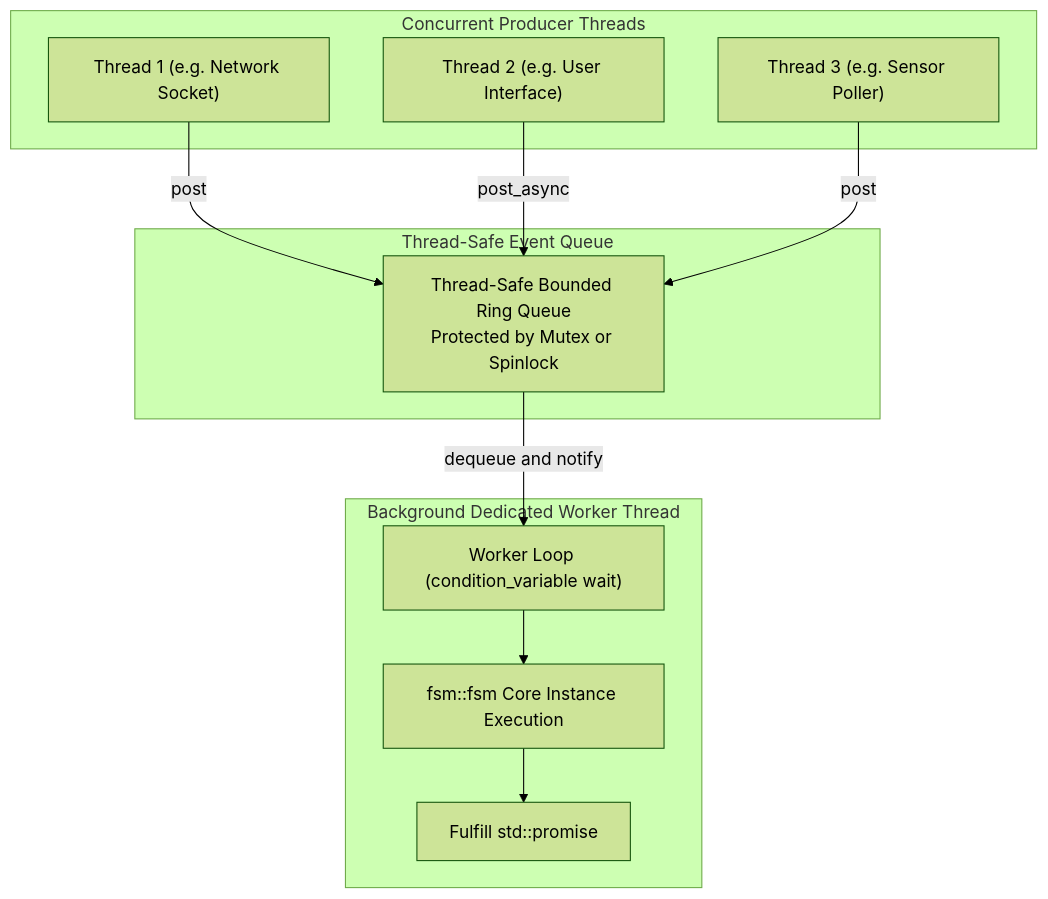
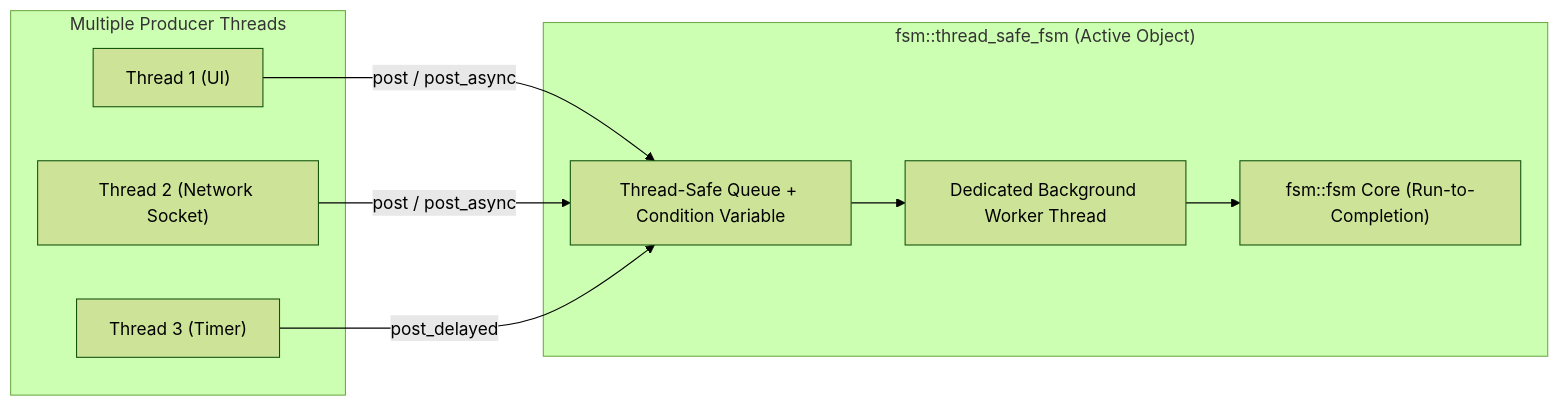
Before and after one commit to simoneCavalleri/fsmc: the diagram in docs/runtime_api/thread_safe_fsm.md, drawn with Mermaid (forest theme). The commit also changed other lines of this file and 39 other files, not shown here.

````diff
--- a/docs/runtime_api/thread_safe_fsm.md
+++ b/docs/runtime_api/thread_safe_fsm.md
@@ -66,25 +11,19 @@
 ```mermaid
-flowchart TD
-    subgraph Producers["Concurrent Producer Threads"]
-        T1["Thread 1 (e.g. Network Socket)"]
-        T2["Thread 2 (e.g. User Interface)"]
-        T3["Thread 3 (e.g. Sensor Poller)"]
+flowchart LR
+    subgraph Producers["Multiple Producer Threads"]
+        T1["Thread 1 (UI)"]
+        T2["Thread 2 (Network Socket)"]
+        T3["Thread 3 (Timer)"]
     end
 
-    subgraph MPSCQueue["Thread-Safe Event Queue"]
-        Queue["Thread-Safe Bounded Ring Queue<br/>Protected by Mutex or Spinlock"]
+    subgraph Wrapper["fsm::thread_safe_fsm (Active Object)"]
+        Queue["Thread-Safe Queue + Condition Variable"]
+        Worker["Dedicated Background Worker Thread"]
+        Core["fsm::fsm Core (Run-to-Completion)"]
+        Queue --> Worker --> Core
     end
 
-    subgraph ConsumerWorker["Background Dedicated Worker Thread"]
-        Worker["Worker Loop (condition_variable wait)"]
-        CoreFSM["fsm::fsm Core Instance Execution"]
-        Promise["Fulfill std::promise"]
-        Worker --> CoreFSM
-        CoreFSM --> Promise
-    end
-
-    T1 -->|post| Queue
-    T2 -->|post_async| Queue
-    T3 -->|post| Queue
-    Queue -->|dequeue and notify| Worker
+    T1 -->|post / post_async| Queue
+    T2 -->|post / post_async| Queue
+    T3 -->|post_delayed| Queue
 ```
````
